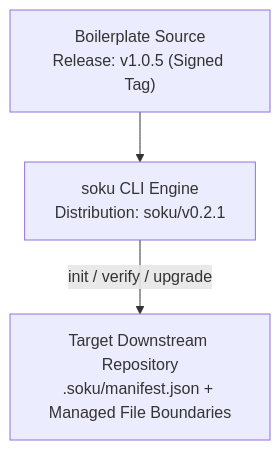
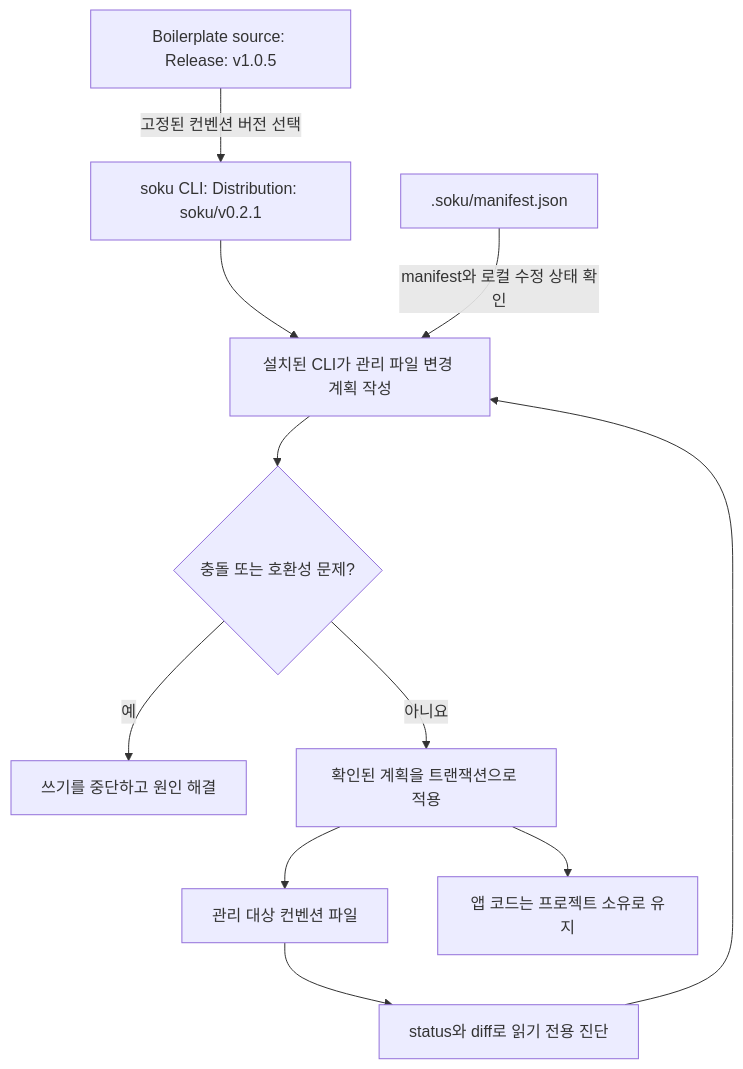
One commit to Soku-JINSEOK/Soku-Convention-Boilerplate changed the diagram in README.ko.md. Above: the diagram before and after it, drawn with Mermaid. The commit also changed other lines of this file and 118 other files, not shown here.

First line of the commit message:
📚 docs(readability): explain every document and expand flow diagrams

````diff
--- a/README.ko.md
+++ b/README.ko.md
@@ -103,9 +109,13 @@
 ```mermaid
-flowchart TB
-    BP["Boilerplate Source<br/>Release: v1.0.5 (Signed Tag)"]
-    CLI["soku CLI Engine<br/>Distribution: soku/v0.2.1"]
-    Repo["Target Downstream Repository<br/>.soku/manifest.json + Managed File Boundaries"]
-
-    BP --> CLI
-    CLI -->|init / verify / upgrade| Repo
+flowchart TD
+  source["Boilerplate source: Release: v1.0.5"] -->|"고정된 컨벤션 버전 선택"| engine["soku CLI: Distribution: soku/v0.2.1"]
+  engine --> plan["설치된 CLI가 관리 파일 변경 계획 작성"]
+  manifest[".soku/manifest.json"] -->|"manifest와 로컬 수정 상태 확인"| plan
+  plan --> conflict{"충돌 또는 호환성 문제?"}
+  conflict -->|"예"| stopNode["쓰기를 중단하고 원인 해결"]
+  conflict -->|"아니요"| apply["확인된 계획을 트랜잭션으로 적용"]
+  apply --> owned["관리 대상 컨벤션 파일"]
+  apply --> state["앱 코드는 프로젝트 소유로 유지"]
+  owned --> inspect["status와 diff로 읽기 전용 진단"]
+  inspect --> plan
 ```
````
